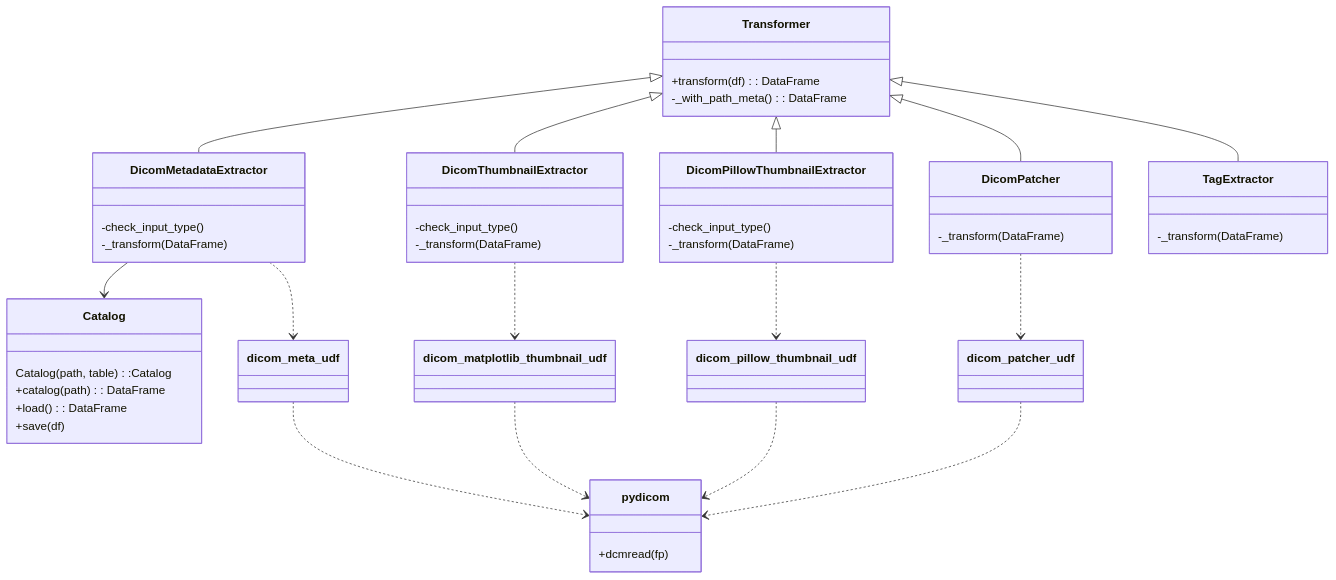
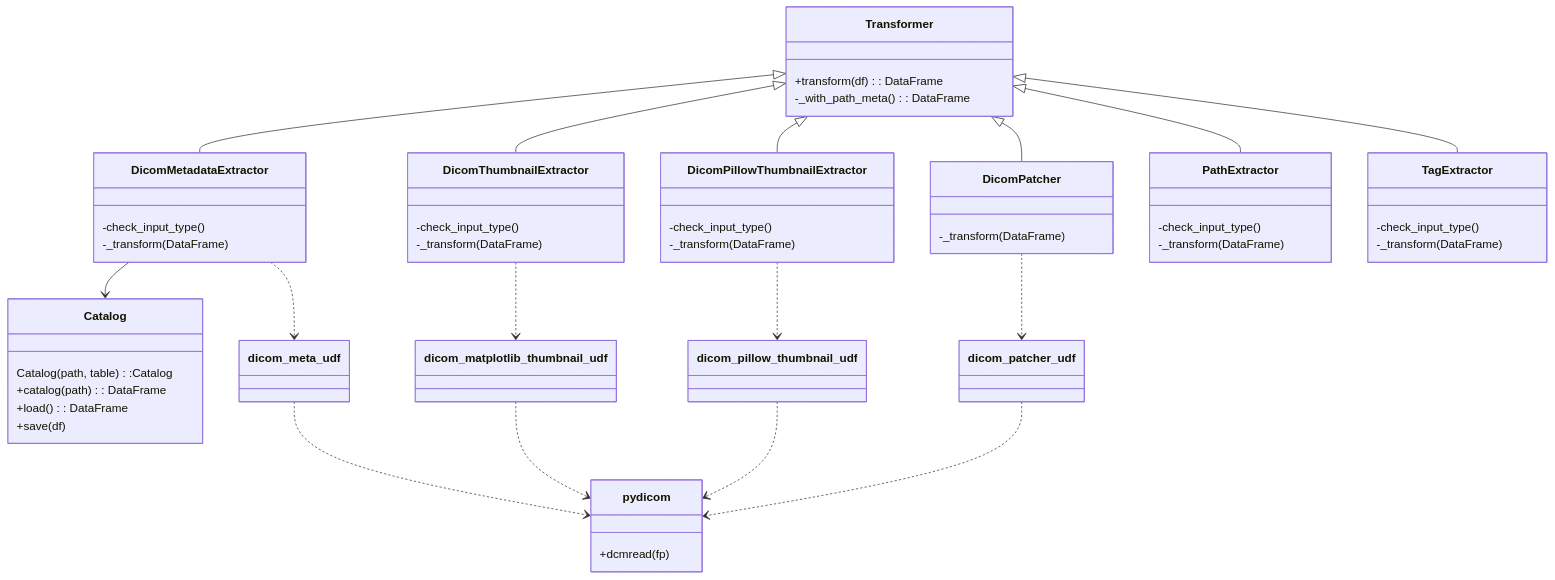
The second of 3 diagrams in README.md (databricks-industry-solutions/pixels), drawn with Mermaid before and after one commit.

Commit message:
Update README.md
Updates to class diagram

````diff
--- a/README.md
+++ b/README.md
@@ -59,43 +59,46 @@
 ```mermaid
 classDiagram
     class Transformer {
         +transform(df): DataFrame
         -_with_path_meta(): DataFrame
     }
     Transformer <|-- DicomMetadataExtractor
     Transformer <|-- DicomThumbnailExtractor
     Transformer <|-- DicomPillowThumbnailExtractor
     Transformer <|-- DicomPatcher
+    Transformer <|-- PathExtractor
     Transformer <|-- TagExtractor
 
+    PathExtractor: -check_input_type()
+    TagExtractor: -check_input_type()
     DicomMetadataExtractor: -check_input_type()
-
     DicomMetadataExtractor: -_transform(DataFrame)
     DicomThumbnailExtractor: -check_input_type()
     DicomThumbnailExtractor: -_transform(DataFrame)
     DicomPillowThumbnailExtractor: -check_input_type()
     DicomPillowThumbnailExtractor: -_transform(DataFrame)
     DicomPatcher: -_transform(DataFrame)
 
+    PathExtractor: -_transform(DataFrame)
     TagExtractor: -_transform(DataFrame)
-
+    
     DicomMetadataExtractor --> Catalog
     DicomMetadataExtractor ..> dicom_meta_udf
     DicomThumbnailExtractor ..> dicom_matplotlib_thumbnail_udf
     DicomPillowThumbnailExtractor ..> dicom_pillow_thumbnail_udf
     DicomPatcher ..> dicom_patcher_udf
 
     dicom_meta_udf ..> pydicom
     dicom_matplotlib_thumbnail_udf ..> pydicom
     dicom_pillow_thumbnail_udf  ..> pydicom
     dicom_patcher_udf  ..> pydicom
 
     pydicom: +dcmread(fp)
 
     class Catalog {
         Catalog(path, table):Catalog
         +catalog(path): DataFrame
         +load(): DataFrame
         +save(df)
     }
 ```
````
